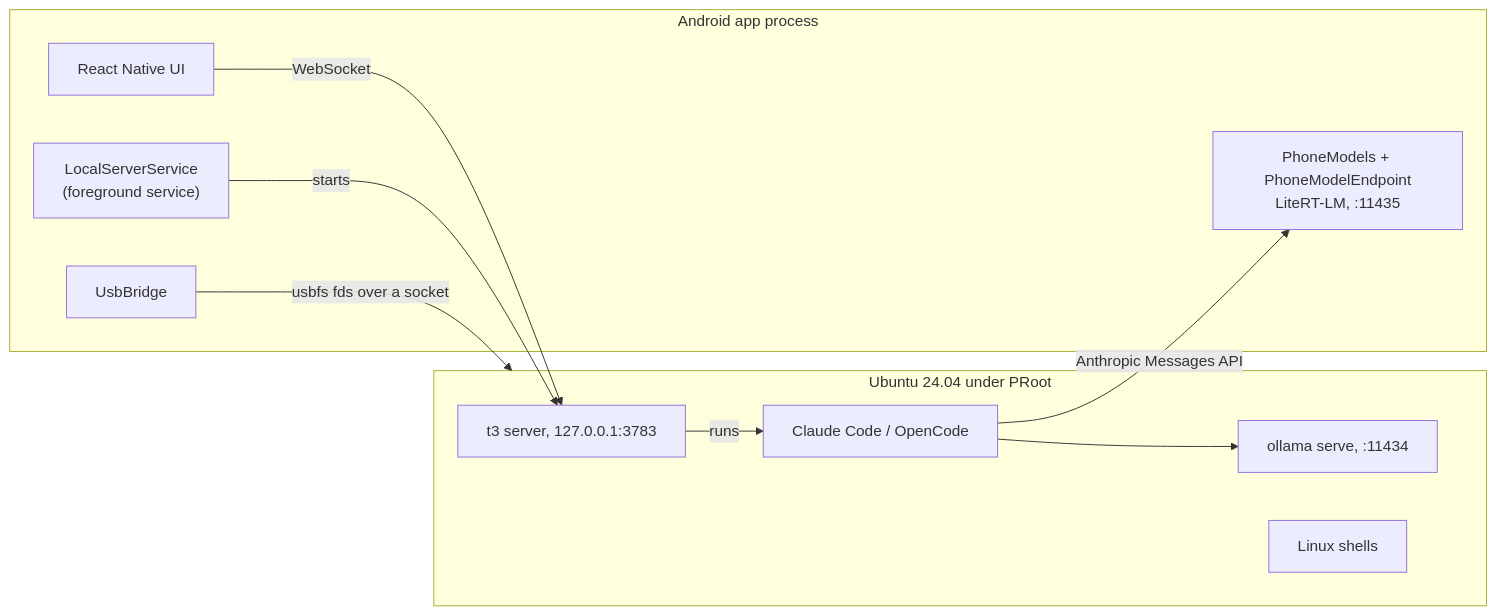
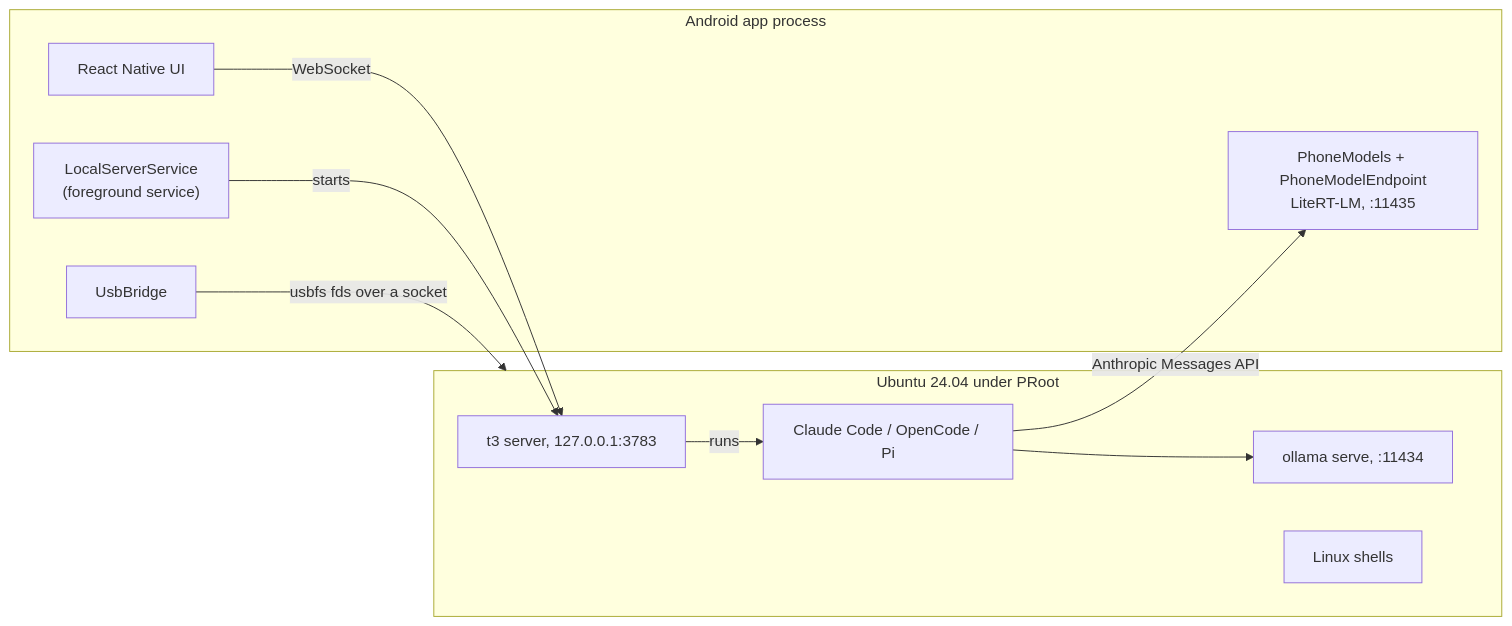
Before and after one commit to 0-IceMan3D-0/t9-code: the diagram in docs/internals/android-builtin-server.md, drawn with Mermaid. The commit also changed other lines of this file and 11 other files, not shown here.

````diff
--- a/docs/internals/android-builtin-server.md
+++ b/docs/internals/android-builtin-server.md
@@ -9,21 +9,21 @@
 ```mermaid
 flowchart LR
   subgraph App["Android app process"]
     UI["React Native UI"]
     Service["LocalServerService<br/>(foreground service)"]
     GPU["PhoneModels + PhoneModelEndpoint<br/>LiteRT-LM, :11435"]
     USB["UsbBridge"]
   end
   subgraph Linux["Ubuntu 24.04 under PRoot"]
     T3["t3 server, 127.0.0.1:3783"]
-    Agents["Claude Code / OpenCode"]
+    Agents["Claude Code / OpenCode / Pi"]
     Ollama["ollama serve, :11434"]
     Shell["Linux shells"]
   end
   UI -- "WebSocket" --> T3
   Service -- "starts" --> T3
   T3 -- "runs" --> Agents
   Agents -- "Anthropic Messages API" --> GPU
   Agents --> Ollama
   USB -- "usbfs fds over a socket" --> Linux
 ```
````
